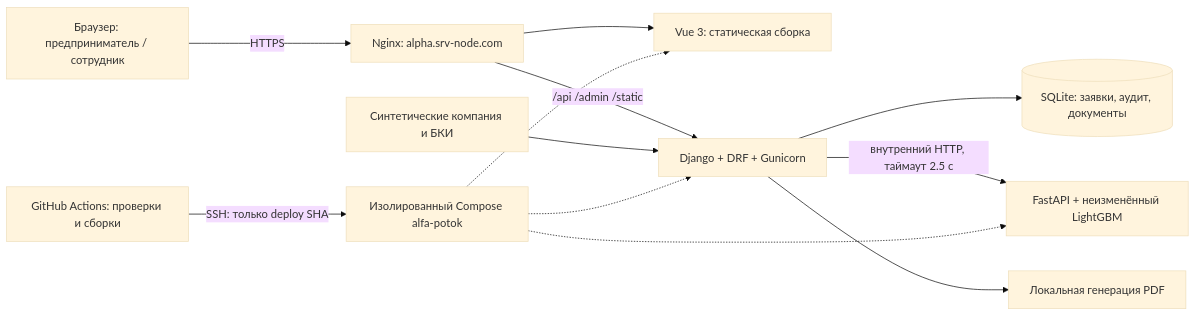
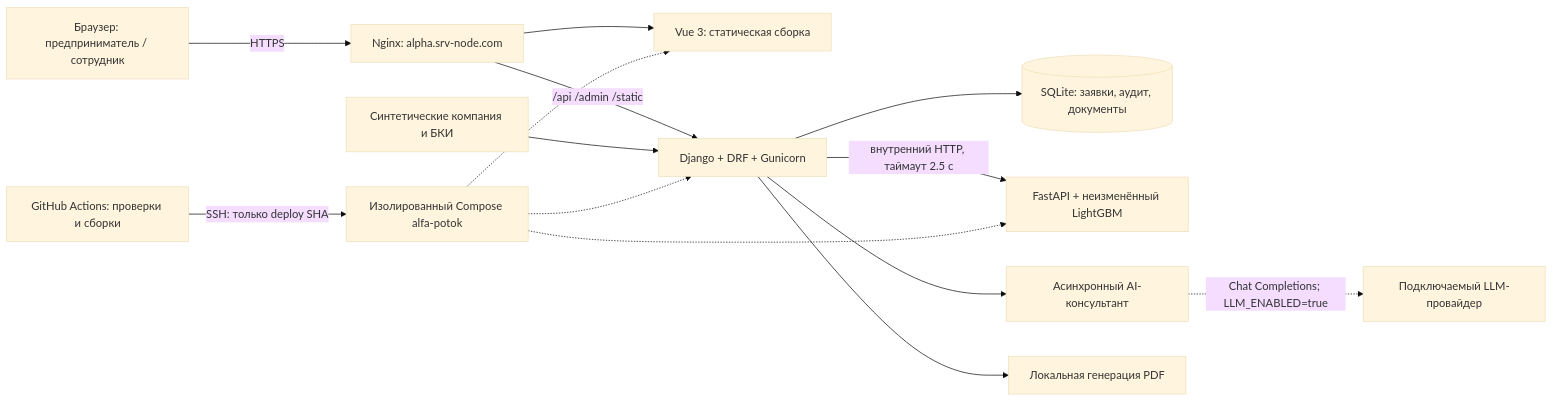
Before and after one commit to Favck/alfa-smart-credit: the first of 2 diagrams in docs/ARCHITECTURE.md, drawn with Mermaid (base theme). The commit also changed other lines of this file and 28 other files, not shown here.

Commit message:
Add asynchronous AI product consultant with validated fallback and four-product application flow

````diff
--- a/docs/ARCHITECTURE.md
+++ b/docs/ARCHITECTURE.md
@@ -7,14 +7,16 @@
 ```mermaid
 flowchart LR
     U[Браузер: предприниматель / сотрудник] -->|HTTPS| N[Nginx: alpha.srv-node.com]
     N --> V[Vue 3: статическая сборка]
     N -->|/api /admin /static| D[Django + DRF + Gunicorn]
     D --> S[(SQLite: заявки, аудит, документы)]
     D -->|внутренний HTTP, таймаут 2.5 с| M[FastAPI + неизменённый LightGBM]
+    D --> A[Асинхронный AI-консультант]
+    A -.->|Chat Completions; LLM_ENABLED=true| L[Подключаемый LLM-провайдер]
     F[Синтетические компания и БКИ] --> D
     D --> P[Локальная генерация PDF]
     G[GitHub Actions: проверки и сборки] -->|SSH: только deploy SHA| R[Изолированный Compose alfa-potok]
     R -.-> D
     R -.-> V
     R -.-> M
 ```
````
